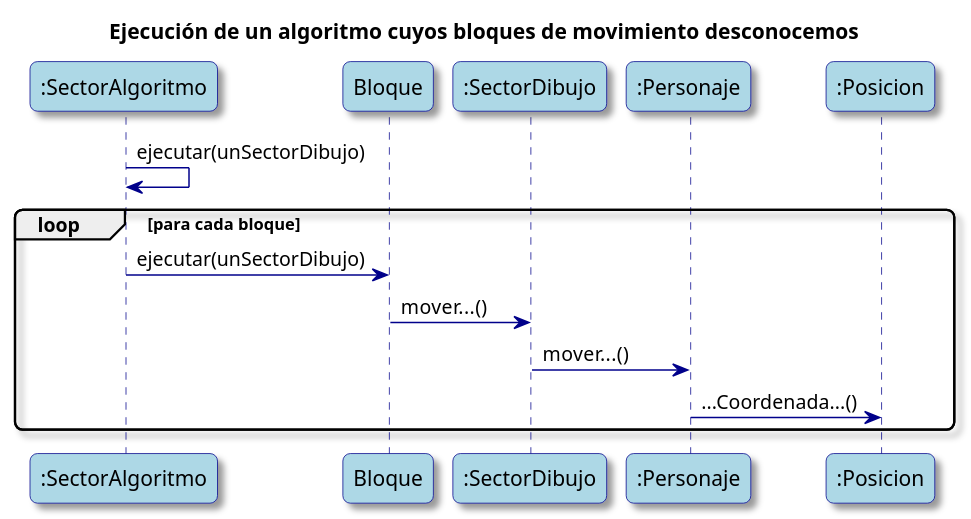
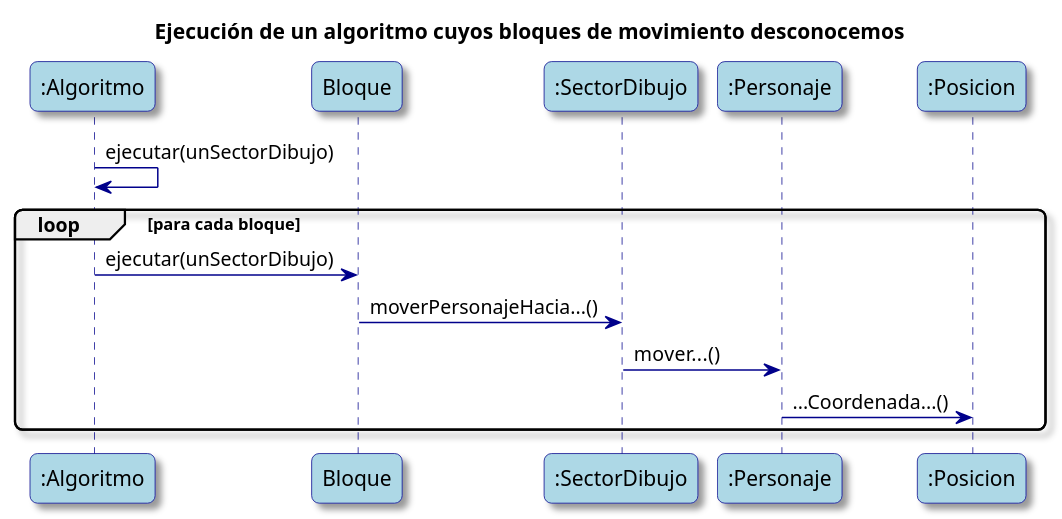
The seventh of 7 diagrams in diagramas-uml.puml (valva-ro/Algo3-TP2-AlgoBlocks), drawn with PlantUML before and after one commit. The commit also changed other lines of this file, not shown here.

```diff
--- a/diagramas-uml.puml
+++ b/diagramas-uml.puml
@@ -197,37 +341,37 @@
 @startuml
 'Diagrama de secuencia para el caso de ejecución de un algoritmo con un solo bloque de mover a la derecha
 skinparam classAttributeIconSize 0
 skinparam backgroundColor White
 skinparam RoundCorner 10
 skinparam Shadowing true
 skinparam ArrowColor DarkBlue
 skinparam SequenceLifeLineBorderColor DarkBlue
 skinparam SequenceLoopBackgroundColor DarkBlue
 
 skinparam actor {
     BackgroundColor LightBlue
     BorderColor DarkBlue
 }
 
 skinparam participant {
     Bound DarkBlue
     BackgroundColor LightBlue
     BorderColor DarkBlue
 }
 
 title Ejecución de un algoritmo cuyos bloques de movimiento desconocemos
 
-participant ":SectorAlgoritmo" as SectorAlgoritmo
+participant ":Algoritmo" as Algoritmo
 participant "Bloque" as Bloque
 participant ":SectorDibujo" as SectorDibujo
 participant ":Personaje" as Personaje
 participant ":Posicion" as Posicion
 
-SectorAlgoritmo -> SectorAlgoritmo : ejecutar(unSectorDibujo)
+Algoritmo -> Algoritmo : ejecutar(unSectorDibujo)
 loop para cada bloque
-    SectorAlgoritmo -> Bloque : ejecutar(unSectorDibujo)
-    Bloque -> SectorDibujo : mover...()
+    Algoritmo -> Bloque : ejecutar(unSectorDibujo)
+    Bloque -> SectorDibujo : moverPersonajeHacia...()
     SectorDibujo -> Personaje : mover...()
     Personaje -> Posicion : ...Coordenada...()
 end
 @enduml
```
